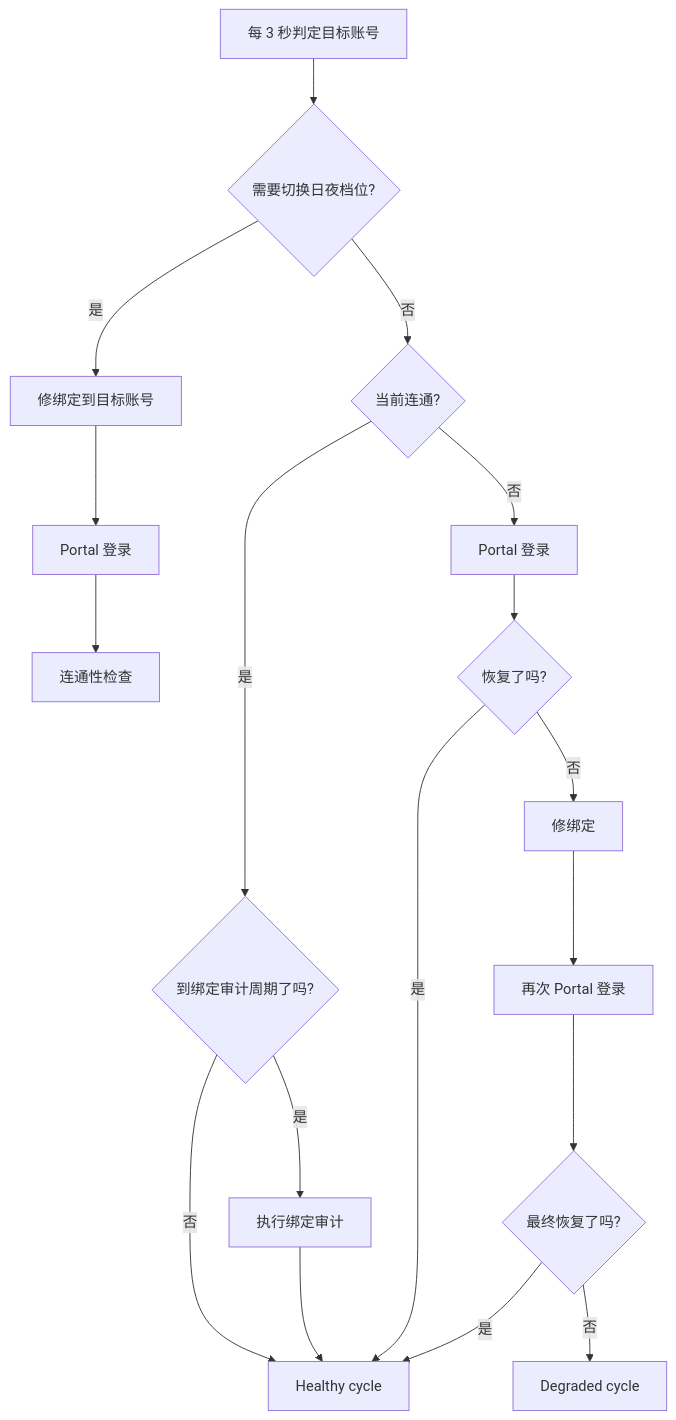
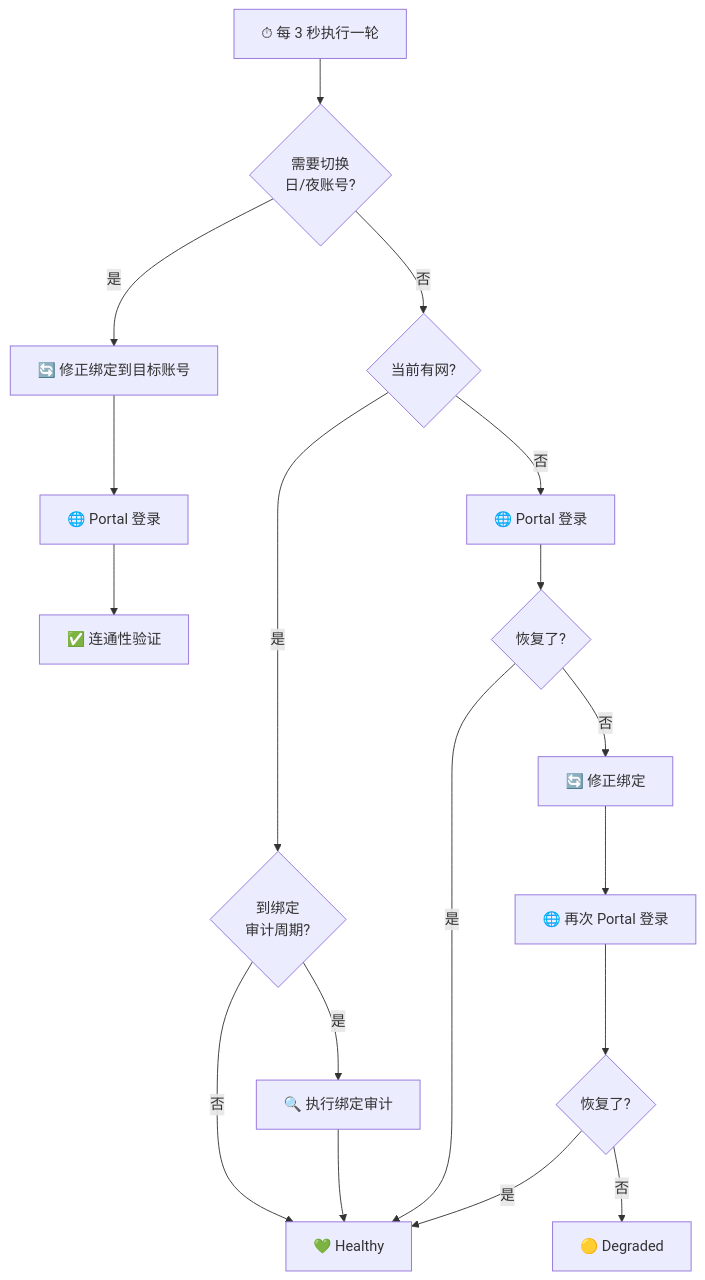
The first of 2 diagrams in README.md (sydneyunadapted247/njupt-net), drawn with Mermaid before and after one commit. The commit also changed other lines of this file and 1 other file, not shown here.

````diff
--- a/README.md
+++ b/README.md
@@ -97,20 +231,20 @@
 ```mermaid
 flowchart TD
-  A["每 3 秒判定目标账号"] --> B{"需要切换日夜档位?"}
-  B -- "是" --> C["修绑定到目标账号"]
-  C --> D["Portal 登录"]
-  D --> E["连通性检查"]
-  B -- "否" --> F{"当前连通?"}
-  F -- "是" --> G{"到绑定审计周期了吗?"}
-  G -- "否" --> H["Healthy cycle"]
-  G -- "是" --> I["执行绑定审计"]
+  A["⏱ 每 3 秒执行一轮"] --> B{"需要切换<br>日/夜账号?"}
+  B -- 是 --> C["🔄 修正绑定到目标账号"]
+  C --> D["🌐 Portal 登录"]
+  D --> E["✅ 连通性验证"]
+  B -- 否 --> F{"当前有网?"}
+  F -- 是 --> G{"到绑定<br>审计周期?"}
+  G -- 否 --> H["💚 Healthy"]
+  G -- 是 --> I["🔍 执行绑定审计"]
   I --> H
-  F -- "否" --> J["Portal 登录"]
-  J --> K{"恢复了吗?"}
-  K -- "是" --> H
-  K -- "否" --> L["修绑定"]
-  L --> M["再次 Portal 登录"]
-  M --> N{"最终恢复了吗?"}
-  N -- "是" --> H
-  N -- "否" --> O["Degraded cycle"]
+  F -- 否 --> J["🌐 Portal 登录"]
+  J --> K{"恢复了?"}
+  K -- 是 --> H
+  K -- 否 --> L["🔄 修正绑定"]
+  L --> M["🌐 再次 Portal 登录"]
+  M --> N{"恢复了?"}
+  N -- 是 --> H
+  N -- 否 --> O["🟡 Degraded"]
 ```
````
